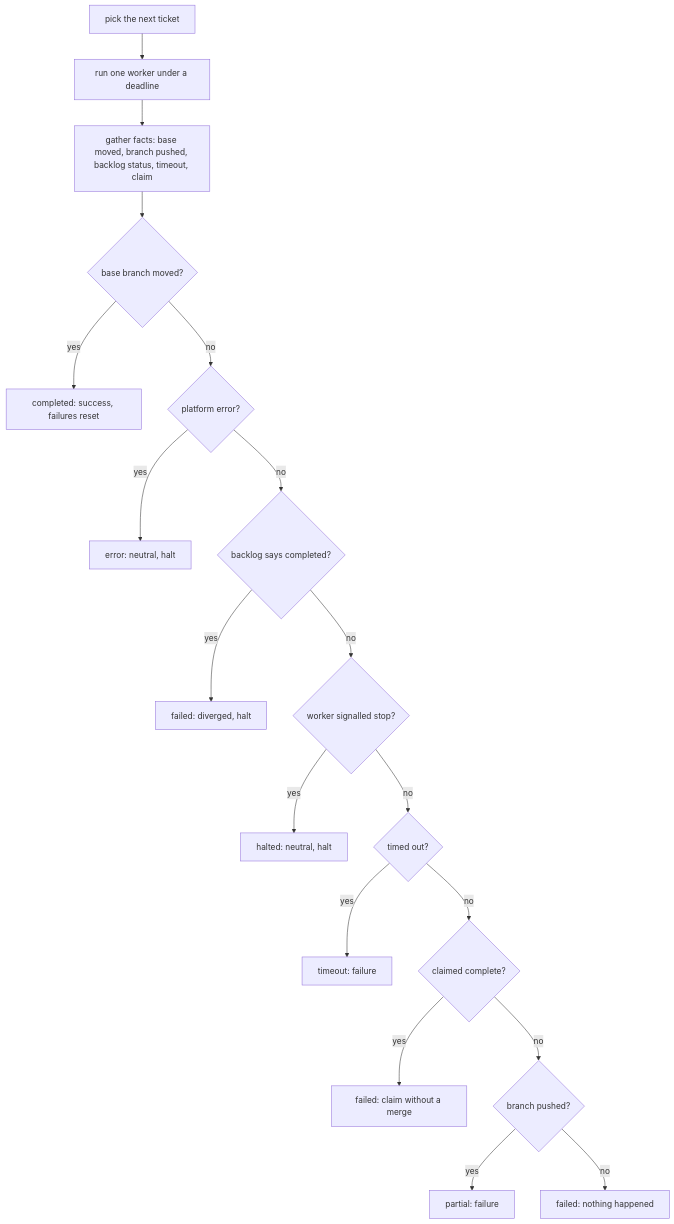
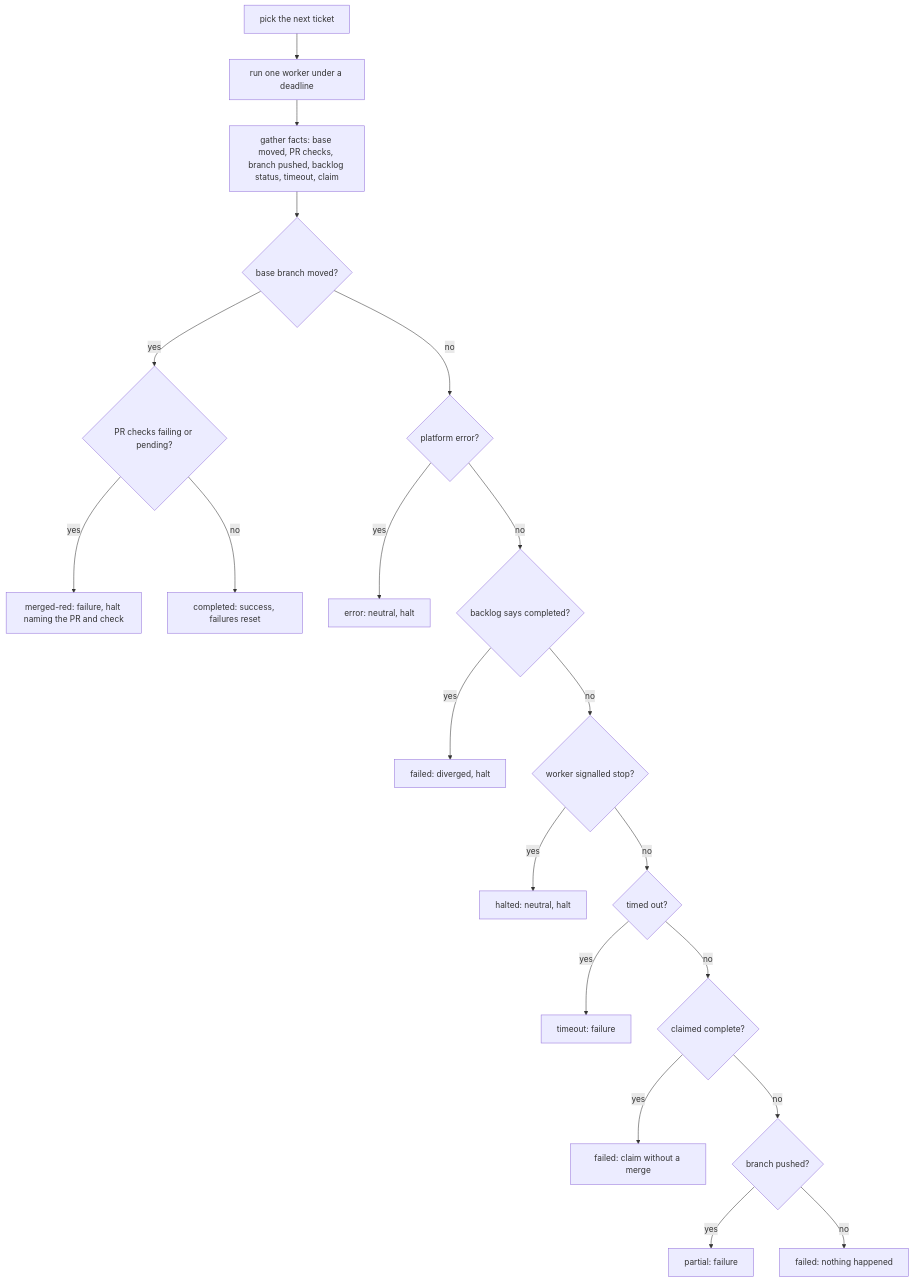
Before and after one commit to diegoaltoworks/forger: the third of 3 diagrams in docs/02-the-loop.md, drawn with Mermaid. The commit also changed other lines of this file and 34 other files, not shown here.

Commit message:
feat: a red merge is a failure the engine catches, and merging goes through a tool that waits for CI (#76) (#85)

````diff
--- a/docs/02-the-loop.md
+++ b/docs/02-the-loop.md
@@ -94,20 +94,22 @@
 ```mermaid
 flowchart TD
     S[pick the next ticket] --> W[run one worker under a deadline]
-    W --> F[gather facts: base moved, branch pushed, backlog status, timeout, claim]
+    W --> F[gather facts: base moved, PR checks, branch pushed, backlog status, timeout, claim]
     F --> M{base branch moved?}
-    M -- yes --> OK[completed: success, failures reset]
+    M -- yes --> R{PR checks failing or pending?}
+    R -- yes --> MR[merged-red: failure, halt naming the PR and check]
+    R -- no --> OK[completed: success, failures reset]
     M -- no --> I{platform error?}
     I -- yes --> E[error: neutral, halt]
     I -- no --> D{backlog says completed?}
     D -- yes --> X[failed: diverged, halt]
     D -- no --> H{worker signalled stop?}
     H -- yes --> HL[halted: neutral, halt]
     H -- no --> T{timed out?}
     T -- yes --> TO[timeout: failure]
     T -- no --> C{claimed complete?}
     C -- yes --> FC[failed: claim without a merge]
     C -- no --> P{branch pushed?}
     P -- yes --> PA[partial: failure]
     P -- no --> FN[failed: nothing happened]
 ```
````
